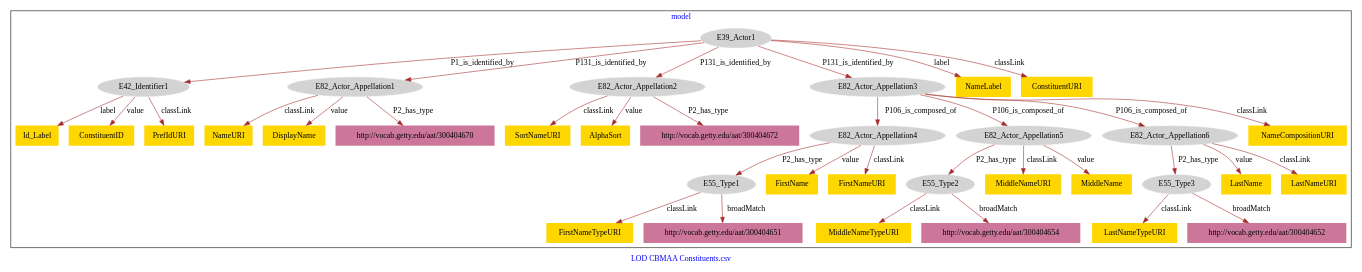
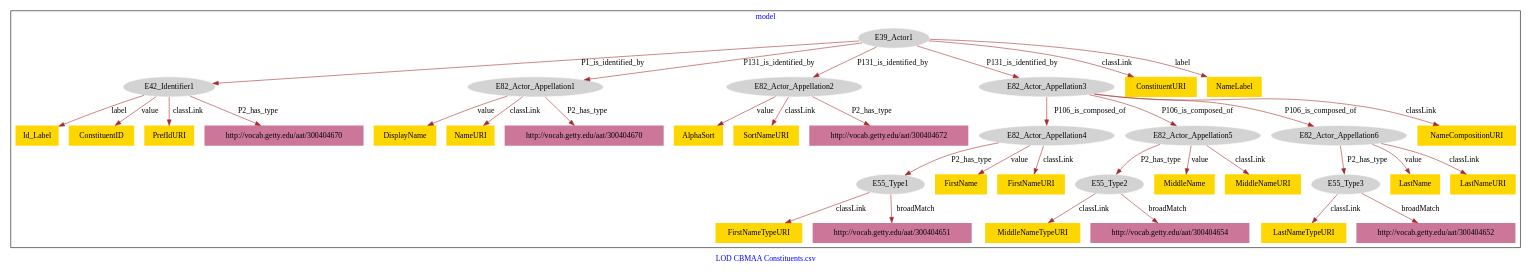
Before and after one commit to american-art/cbm: the diagram in CBMAA_Constituents/CBMAA_Constituents-model.dot, drawn with Graphviz.

Commit message:
Update file CBMAA_Constituents-model.dot

```diff
--- a/CBMAA_Constituents/CBMAA_Constituents-model.dot
+++ b/CBMAA_Constituents/CBMAA_Constituents-model.dot
@@ -1,77 +1,79 @@
 digraph n0 {
 fontcolor="blue"
 remincross="true"
 label="LOD CBMAA Constituents.csv"
 subgraph cluster {
 label="model"
 n2[style="filled",color="white",fillcolor="lightgray",label="E39_Actor1"];
 n3[style="filled",color="white",fillcolor="lightgray",label="E42_Identifier1"];
 n4[style="filled",color="white",fillcolor="lightgray",label="E82_Actor_Appellation1"];
 n5[style="filled",color="white",fillcolor="lightgray",label="E82_Actor_Appellation2"];
 n6[style="filled",color="white",fillcolor="lightgray",label="E82_Actor_Appellation3"];
 n7[style="filled",color="white",fillcolor="lightgray",label="E82_Actor_Appellation4"];
 n8[style="filled",color="white",fillcolor="lightgray",label="E82_Actor_Appellation5"];
 n9[style="filled",color="white",fillcolor="lightgray",label="E82_Actor_Appellation6"];
 n10[style="filled",color="white",fillcolor="lightgray",label="E55_Type1"];
 n11[style="filled",color="white",fillcolor="lightgray",label="E55_Type2"];
 n12[style="filled",color="white",fillcolor="lightgray",label="E55_Type3"];
-n13[shape="plaintext",style="filled",fillcolor="gold",label="SortNameURI"];
-n14[shape="plaintext",style="filled",fillcolor="gold",label="NameURI"];
-n15[shape="plaintext",style="filled",fillcolor="gold",label="MiddleNameTypeURI"];
-n16[shape="plaintext",style="filled",fillcolor="gold",label="AlphaSort"];
+n13[shape="plaintext",style="filled",fillcolor="gold",label="FirstName"];
+n14[shape="plaintext",style="filled",fillcolor="gold",label="MiddleName"];
+n15[shape="plaintext",style="filled",fillcolor="gold",label="LastNameTypeURI"];
+n16[shape="plaintext",style="filled",fillcolor="gold",label="LastName"];
 n17[shape="plaintext",style="filled",fillcolor="gold",label="Id_Label"];
-n18[shape="plaintext",style="filled",fillcolor="gold",label="MiddleNameURI"];
-n19[shape="plaintext",style="filled",fillcolor="gold",label="NameLabel"];
-n20[shape="plaintext",style="filled",fillcolor="gold",label="MiddleName"];
-n21[shape="plaintext",style="filled",fillcolor="gold",label="FirstName"];
-n22[shape="plaintext",style="filled",fillcolor="gold",label="NameCompositionURI"];
-n23[shape="plaintext",style="filled",fillcolor="gold",label="LastName"];
-n24[shape="plaintext",style="filled",fillcolor="gold",label="ConstituentID"];
-n25[shape="plaintext",style="filled",fillcolor="gold",label="FirstNameTypeURI"];
-n26[shape="plaintext",style="filled",fillcolor="gold",label="ConstituentURI"];
-n27[shape="plaintext",style="filled",fillcolor="gold",label="FirstNameURI"];
-n28[shape="plaintext",style="filled",fillcolor="gold",label="LastNameTypeURI"];
-n29[shape="plaintext",style="filled",fillcolor="gold",label="PrefIdURI"];
-n30[shape="plaintext",style="filled",fillcolor="gold",label="DisplayName"];
-n31[shape="plaintext",style="filled",fillcolor="gold",label="LastNameURI"];
+n18[shape="plaintext",style="filled",fillcolor="gold",label="NameCompositionURI"];
+n19[shape="plaintext",style="filled",fillcolor="gold",label="ConstituentID"];
+n20[shape="plaintext",style="filled",fillcolor="gold",label="ConstituentURI"];
+n21[shape="plaintext",style="filled",fillcolor="gold",label="DisplayName"];
+n22[shape="plaintext",style="filled",fillcolor="gold",label="FirstNameURI"];
+n23[shape="plaintext",style="filled",fillcolor="gold",label="LastNameURI"];
+n24[shape="plaintext",style="filled",fillcolor="gold",label="PrefIdURI"];
+n25[shape="plaintext",style="filled",fillcolor="gold",label="MiddleNameURI"];
+n26[shape="plaintext",style="filled",fillcolor="gold",label="AlphaSort"];
+n27[shape="plaintext",style="filled",fillcolor="gold",label="MiddleNameTypeURI"];
+n28[shape="plaintext",style="filled",fillcolor="gold",label="NameLabel"];
+n29[shape="plaintext",style="filled",fillcolor="gold",label="FirstNameTypeURI"];
+n30[shape="plaintext",style="filled",fillcolor="gold",label="SortNameURI"];
+n31[shape="plaintext",style="filled",fillcolor="gold",label="NameURI"];
 n32[shape="plaintext",style="filled",fillcolor="#CC7799",label="http://vocab.getty.edu/aat/300404670"];
 n33[shape="plaintext",style="filled",fillcolor="#CC7799",label="http://vocab.getty.edu/aat/300404651"];
 n34[shape="plaintext",style="filled",fillcolor="#CC7799",label="http://vocab.getty.edu/aat/300404672"];
-n35[shape="plaintext",style="filled",fillcolor="#CC7799",label="http://vocab.getty.edu/aat/300404654"];
-n36[shape="plaintext",style="filled",fillcolor="#CC7799",label="http://vocab.getty.edu/aat/300404652"];
+n35[shape="plaintext",style="filled",fillcolor="#CC7799",label="http://vocab.getty.edu/aat/300404670"];
+n36[shape="plaintext",style="filled",fillcolor="#CC7799",label="http://vocab.getty.edu/aat/300404654"];
+n37[shape="plaintext",style="filled",fillcolor="#CC7799",label="http://vocab.getty.edu/aat/300404652"];
 }
 n2 -> n3[color="brown",fontcolor="black",label="P1_is_identified_by"]
 n2 -> n4[color="brown",fontcolor="black",label="P131_is_identified_by"]
 n2 -> n5[color="brown",fontcolor="black",label="P131_is_identified_by"]
 n2 -> n6[color="brown",fontcolor="black",label="P131_is_identified_by"]
 n6 -> n7[color="brown",fontcolor="black",label="P106_is_composed_of"]
 n6 -> n8[color="brown",fontcolor="black",label="P106_is_composed_of"]
 n6 -> n9[color="brown",fontcolor="black",label="P106_is_composed_of"]
 n7 -> n10[color="brown",fontcolor="black",label="P2_has_type"]
 n8 -> n11[color="brown",fontcolor="black",label="P2_has_type"]
 n9 -> n12[color="brown",fontcolor="black",label="P2_has_type"]
-n5 -> n13[color="brown",fontcolor="black",label="classLink"]
-n4 -> n14[color="brown",fontcolor="black",label="classLink"]
-n11 -> n15[color="brown",fontcolor="black",label="classLink"]
-n5 -> n16[color="brown",fontcolor="black",label="value"]
+n7 -> n13[color="brown",fontcolor="black",label="value"]
+n8 -> n14[color="brown",fontcolor="black",label="value"]
+n12 -> n15[color="brown",fontcolor="black",label="classLink"]
+n9 -> n16[color="brown",fontcolor="black",label="value"]
 n3 -> n17[color="brown",fontcolor="black",label="label"]
-n8 -> n18[color="brown",fontcolor="black",label="classLink"]
-n2 -> n19[color="brown",fontcolor="black",label="label"]
-n8 -> n20[color="brown",fontcolor="black",label="value"]
-n7 -> n21[color="brown",fontcolor="black",label="value"]
-n6 -> n22[color="brown",fontcolor="black",label="classLink"]
-n9 -> n23[color="brown",fontcolor="black",label="value"]
-n3 -> n24[color="brown",fontcolor="black",label="value"]
-n10 -> n25[color="brown",fontcolor="black",label="classLink"]
-n2 -> n26[color="brown",fontcolor="black",label="classLink"]
-n7 -> n27[color="brown",fontcolor="black",label="classLink"]
-n12 -> n28[color="brown",fontcolor="black",label="classLink"]
-n3 -> n29[color="brown",fontcolor="black",label="classLink"]
-n4 -> n30[color="brown",fontcolor="black",label="value"]
-n9 -> n31[color="brown",fontcolor="black",label="classLink"]
+n6 -> n18[color="brown",fontcolor="black",label="classLink"]
+n3 -> n19[color="brown",fontcolor="black",label="value"]
+n2 -> n20[color="brown",fontcolor="black",label="classLink"]
+n4 -> n21[color="brown",fontcolor="black",label="value"]
+n7 -> n22[color="brown",fontcolor="black",label="classLink"]
+n9 -> n23[color="brown",fontcolor="black",label="classLink"]
+n3 -> n24[color="brown",fontcolor="black",label="classLink"]
+n8 -> n25[color="brown",fontcolor="black",label="classLink"]
+n5 -> n26[color="brown",fontcolor="black",label="value"]
+n11 -> n27[color="brown",fontcolor="black",label="classLink"]
+n2 -> n28[color="brown",fontcolor="black",label="label"]
+n10 -> n29[color="brown",fontcolor="black",label="classLink"]
+n5 -> n30[color="brown",fontcolor="black",label="classLink"]
+n4 -> n31[color="brown",fontcolor="black",label="classLink"]
 n4 -> n32[color="brown",fontcolor="black",label="P2_has_type"]
 n10 -> n33[color="brown",fontcolor="black",label="broadMatch"]
 n5 -> n34[color="brown",fontcolor="black",label="P2_has_type"]
-n11 -> n35[color="brown",fontcolor="black",label="broadMatch"]
-n12 -> n36[color="brown",fontcolor="black",label="broadMatch"]
+n3 -> n35[color="brown",fontcolor="black",label="P2_has_type"]
+n11 -> n36[color="brown",fontcolor="black",label="broadMatch"]
+n12 -> n37[color="brown",fontcolor="black",label="broadMatch"]
 }
```
